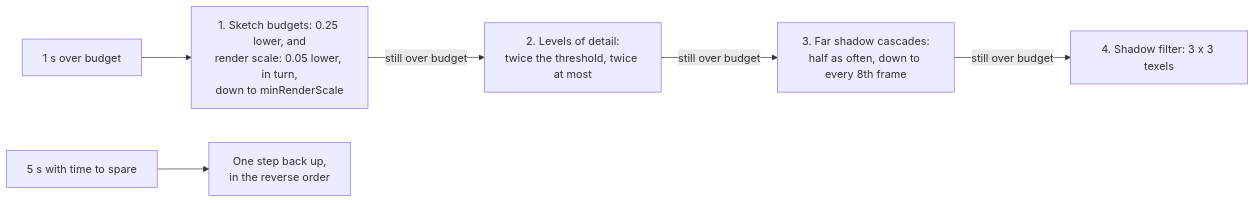
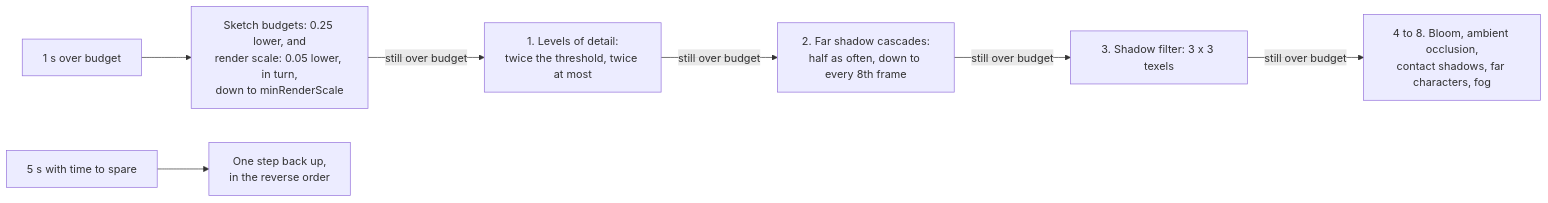
One commit to null3d-engine/null3d changed the fourth of 4 diagrams in docs/concepts/quality-presets.md. Above: the diagram before and after it, drawn with Mermaid. The commit also changed other lines of this file and 11 other files, not shown here.

````diff
--- a/docs/concepts/quality-presets.md
+++ b/docs/concepts/quality-presets.md
@@ -266,8 +266,9 @@
 ```mermaid
 flowchart LR
-    over["1 s over budget"] --> scale["1. Sketch budgets: 0.25 lower, and<br/>render scale: 0.05 lower, in turn,<br/>down to minRenderScale"]
-    scale -- "still over budget" --> detail["2. Levels of detail:<br/>twice the threshold, twice at most"]
-    detail -- "still over budget" --> far["3. Far shadow cascades:<br/>half as often, down to every 8th frame"]
-    far -- "still over budget" --> filter["4. Shadow filter: 3 x 3 texels"]
+    over["1 s over budget"] --> scale["Sketch budgets: 0.25 lower, and<br/>render scale: 0.05 lower, in turn,<br/>down to minRenderScale"]
+    scale -- "still over budget" --> detail["1. Levels of detail:<br/>twice the threshold, twice at most"]
+    detail -- "still over budget" --> far["2. Far shadow cascades:<br/>half as often, down to every 8th frame"]
+    far -- "still over budget" --> filter["3. Shadow filter: 3 x 3 texels"]
+    filter -- "still over budget" --> effects["4 to 8. Bloom, ambient occlusion,<br/>contact shadows, far characters, fog"]
     room["5 s with time to spare"] --> back["One step back up,<br/>in the reverse order"]
 ```
````
